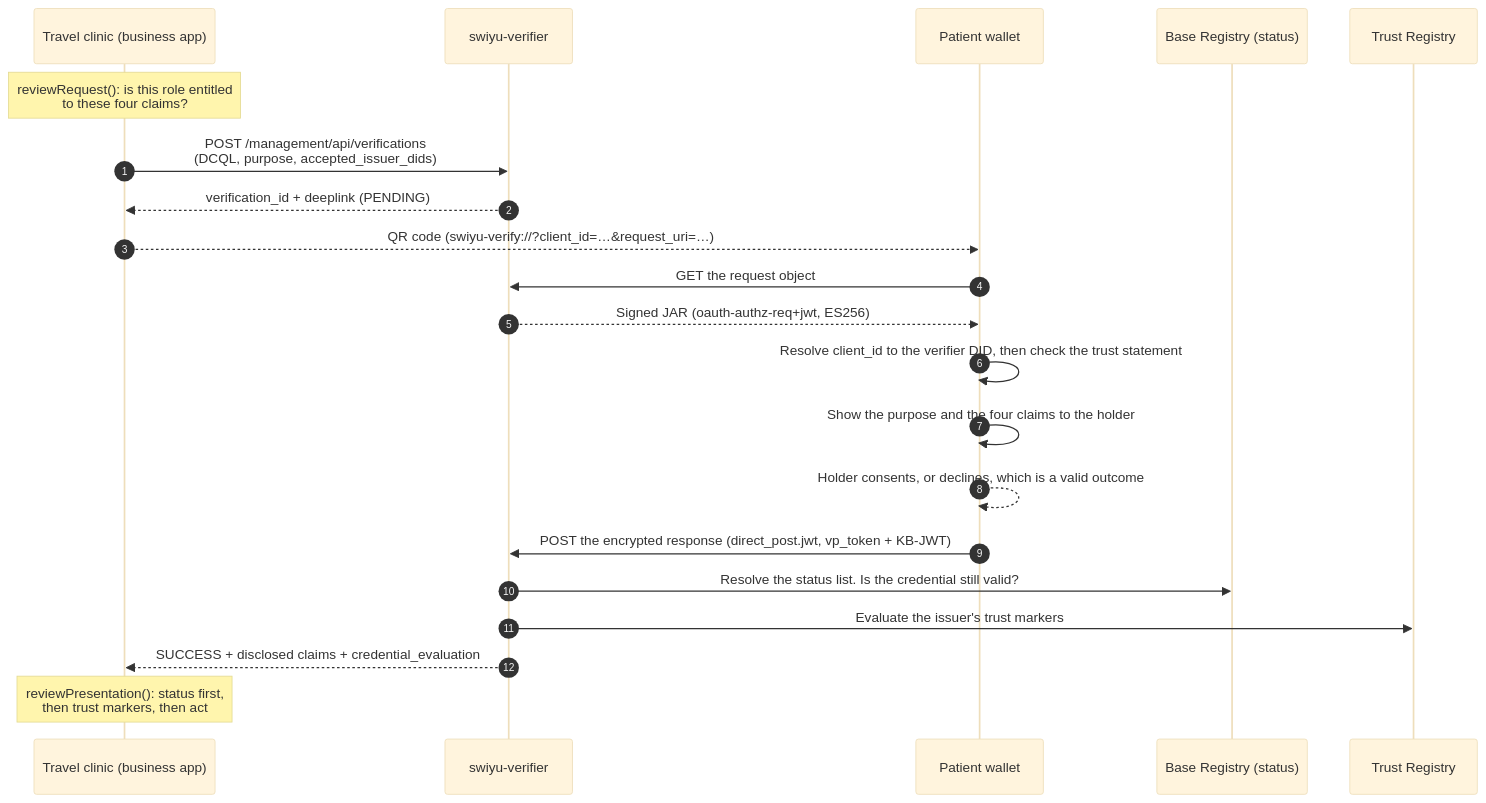
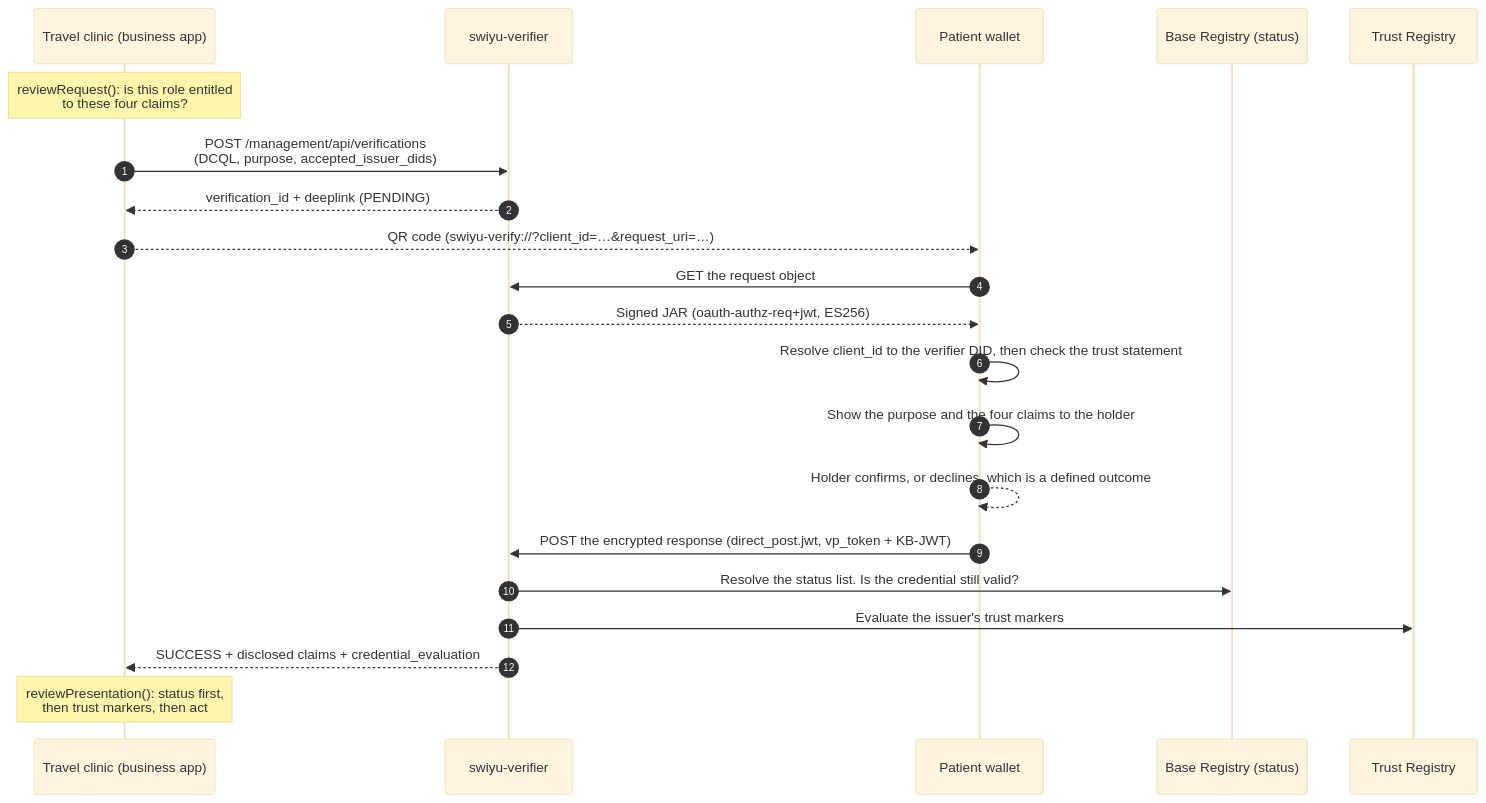
The second of 2 diagrams in flows/F-03-immunization-minimal-disclosure.md (Accelerate-GmbH/digital-health-swiyu-vaccination), drawn with Mermaid (base theme) before and after one commit. The commit also changed other lines of this file and 14 other files, not shown here.

````diff
--- a/flows/F-03-immunization-minimal-disclosure.md
+++ b/flows/F-03-immunization-minimal-disclosure.md
@@ -76,24 +76,24 @@
 ```mermaid
 sequenceDiagram
     autonumber
     participant T as Travel clinic (business app)
     participant GV as swiyu-verifier
     participant W as Patient wallet
     participant BR as Base Registry (status)
     participant TR as Trust Registry
 
     Note over T: reviewRequest(): is this role entitled<br/>to these four claims?
     T->>GV: POST /management/api/verifications<br/>(DCQL, purpose, accepted_issuer_dids)
     GV-->>T: verification_id + deeplink (PENDING)
     T-->>W: QR code (swiyu-verify://?client_id=…&request_uri=…)
     W->>GV: GET the request object
     GV-->>W: Signed JAR (oauth-authz-req+jwt, ES256)
     W->>W: Resolve client_id to the verifier DID, then check the trust statement
     W->>W: Show the purpose and the four claims to the holder
-    W-->>W: Holder consents, or declines, which is a valid outcome
+    W-->>W: Holder confirms, or declines, which is a defined outcome
     W->>GV: POST the encrypted response (direct_post.jwt, vp_token + KB-JWT)
     GV->>BR: Resolve the status list. Is the credential still valid?
     GV->>TR: Evaluate the issuer's trust markers
     GV-->>T: SUCCESS + disclosed claims + credential_evaluation
     Note over T: reviewPresentation(): status first,<br/>then trust markers, then act
 ```
````
